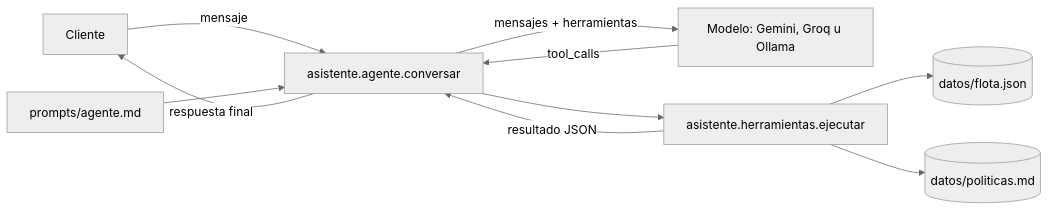
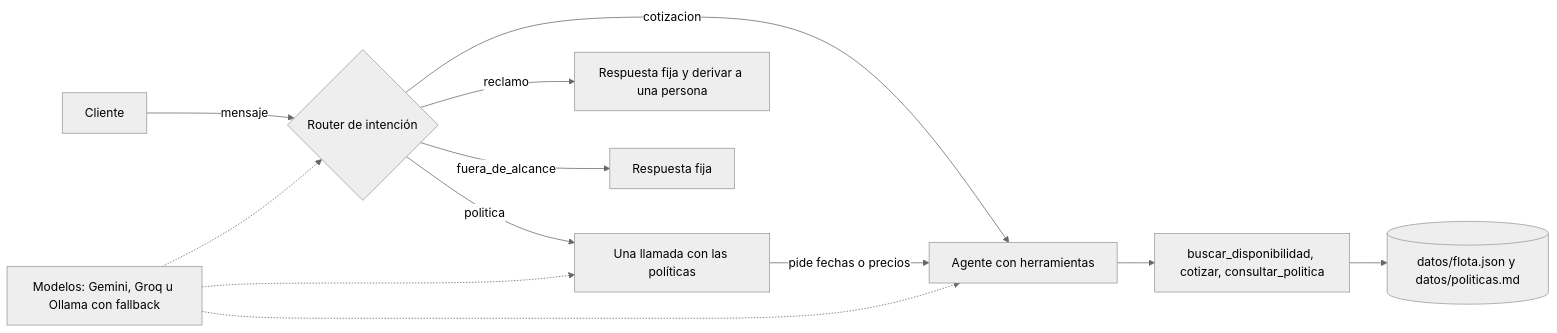
One commit to JaimeLopezGarrido/asistente-flota-mcp changed the diagram in README.md. Above: the diagram before and after it, drawn with Mermaid (neutral theme). The commit also changed other lines of this file, not shown here.

````diff
--- a/README.md
+++ b/README.md
@@ -18,12 +28,14 @@
 ```mermaid
 flowchart LR
-  C[Cliente] -->|mensaje| A[asistente.agente.conversar]
-  I[prompts/agente.md] --> A
-  A -->|mensajes + herramientas| M[Modelo: Gemini, Groq u Ollama]
-  M -->|tool_calls| A
-  A --> H[asistente.herramientas.ejecutar]
-  H --> FL[(datos/flota.json)]
-  H --> PO[(datos/politicas.md)]
-  H -->|resultado JSON| A
-  A -->|respuesta final| C
+  C[Cliente] -->|mensaje| R{Router de intención}
+  R -->|politica| P[Una llamada con las políticas]
+  R -->|cotizacion| A[Agente con herramientas]
+  R -->|reclamo| H[Respuesta fija y derivar a una persona]
+  R -->|fuera_de_alcance| F[Respuesta fija]
+  P -->|pide fechas o precios| A
+  A --> T[buscar_disponibilidad, cotizar, consultar_politica]
+  T --> D[(datos/flota.json y datos/politicas.md)]
+  M[Modelos: Gemini, Groq u Ollama con fallback] -.-> R
+  M -.-> P
+  M -.-> A
 ```
````
